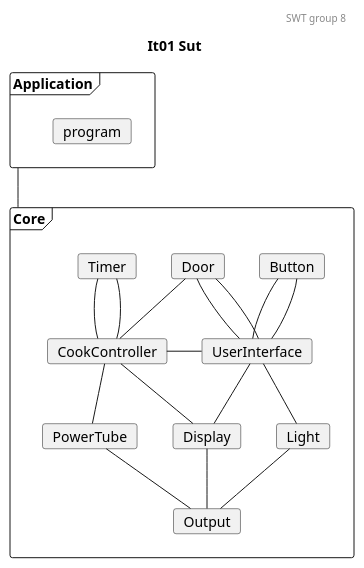
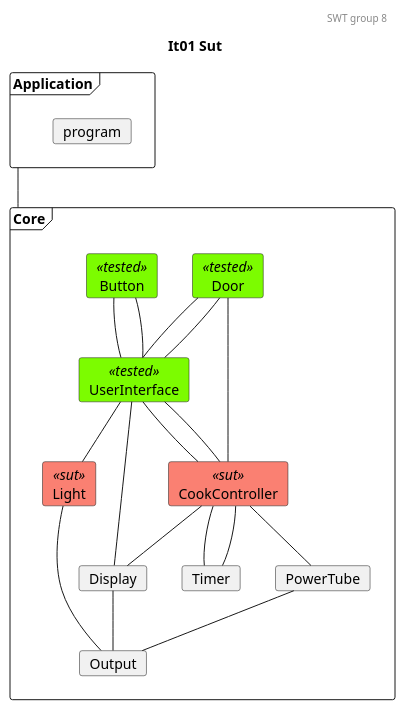
The diagram in docs/SysTestTree2.plantuml (mikkel-ol/I4SWT-MicrowaveOven), drawn with PlantUML before and after one commit. The commit also changed 3 other files, not shown here.

```diff
--- a/docs/SysTestTree2.plantuml
+++ b/docs/SysTestTree2.plantuml
@@ -1,65 +1,77 @@
 @startuml
 
 'Testing colors:
 skinparam card{
     backgroundColor<<tested>> lawngreen
     backgroundColor<<sut>> salmon
     backgroundColor<<test>> salmon
     backgroundColor<<fake>> gold
 }
 
 header SWT group 8
 title It01 Sut
 
 frame Application{
     card program
 }
 
 frame Core{
-    card UserInterface
-    card CookController
+'0.
+    card Door<<tested>>
+    card Button<<tested>>
 
-    card Door
-    card Light
+'1.
+    card UserInterface<<tested>>
+
+'2.
+    card CookController<<sut>>
+    card Light<<sut>>
+
+'3.
     card Timer
     card PowerTube
     card Display
+
+'4 
     card Output
-    card Button
+
+
 }
 Application -- Core
 
 'Relations projects
 ' 0. to 1.
 Door -- UserInterface
 Door -- UserInterface
 
 Button -- UserInterface
 Button -- UserInterface
 
 
 'Relations CookController:
 '1.
-CookController - UserInterface
+UserInterface -- CookController
+UserInterface -- CookController
 '1. to 2.
 Door - CookController
 
-Timer -- CookController
-Timer -- CookController
 
 CookController -- PowerTube
 
 '1. to 2.
 UserInterface -- Display
 UserInterface -- Light
 CookController -- Display
+
+CookController -- Timer
+CookController -- Timer 
 
 
 ' Relations 2. to 3.
 Light -- Output
 Display -- Output
 PowerTube -- Output
 
 
 
 @enduml
```
